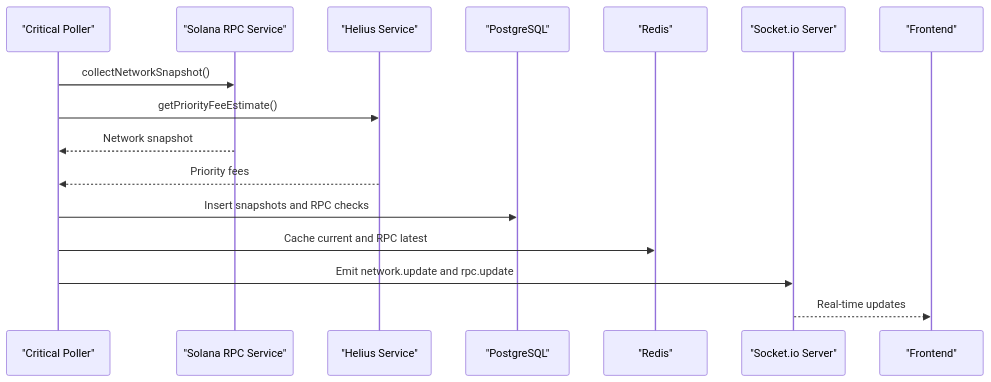
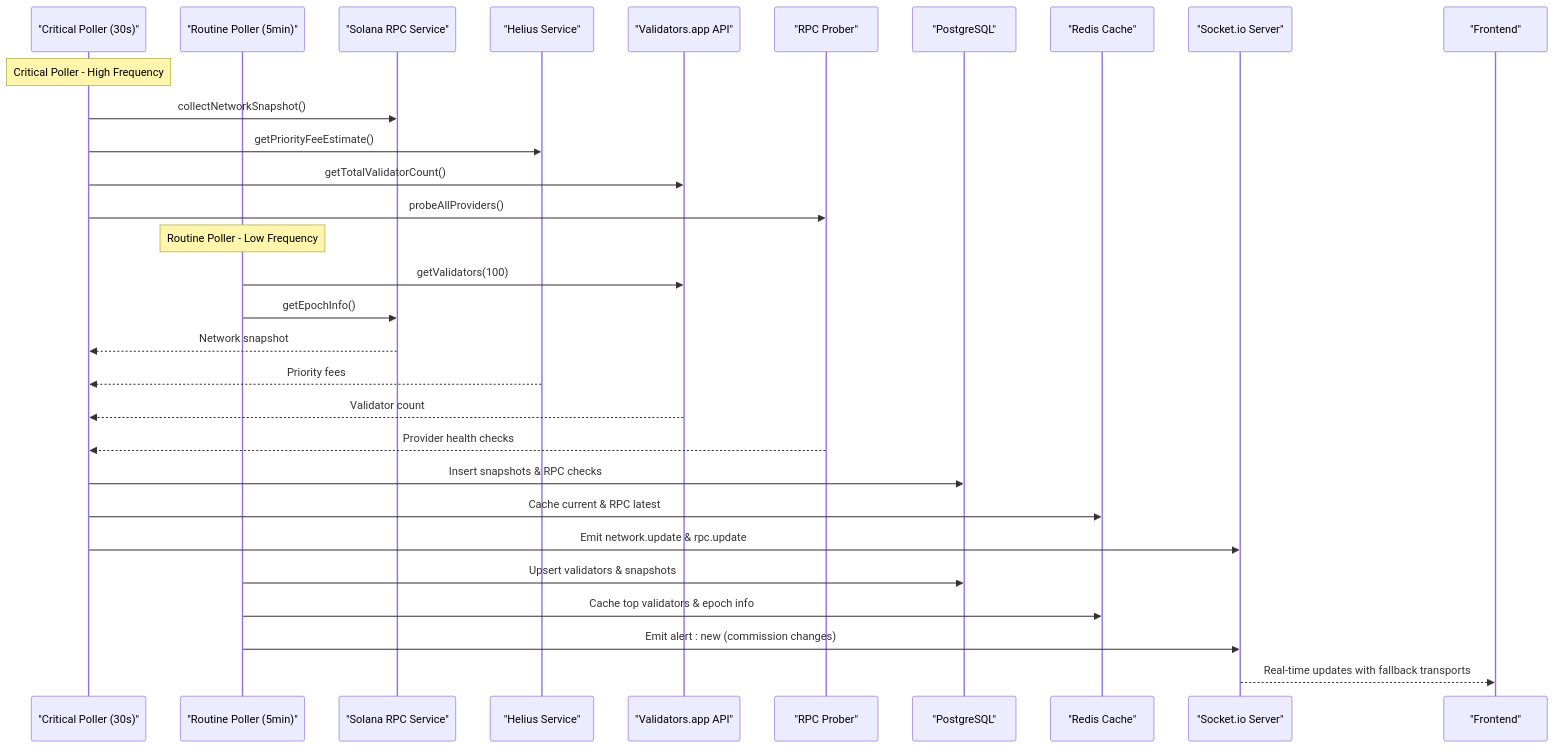
The second of 4 diagrams in .qoder/repowiki/en/content/Development Guide.md (RunTimeAdmin/InfraWatch), drawn with Mermaid before and after one commit. The commit also changed other lines of this file and 12 other files, not shown here.

Commit message:
fix: add Math.round() to RPC prober latency calculations to prevent floating point display artifacts

````diff
--- a/.qoder/repowiki/en/content/Development Guide.md
+++ b/.qoder/repowiki/en/content/Development Guide.md
@@ -146,18 +162,32 @@
 ```mermaid
 sequenceDiagram
-participant Cron as "Critical Poller"
+participant Cron1 as "Critical Poller (30s)"
+participant Cron2 as "Routine Poller (5min)"
 participant Solana as "Solana RPC Service"
 participant Helius as "Helius Service"
+participant Validators as "Validators.app API"
+participant RPCProber as "RPC Prober"
 participant DB as "PostgreSQL"
-participant Redis as "Redis"
+participant Redis as "Redis Cache"
 participant IO as "Socket.io Server"
 participant FE as "Frontend"
-Cron->>Solana : collectNetworkSnapshot()
-Cron->>Helius : getPriorityFeeEstimate()
-Solana-->>Cron : Network snapshot
-Helius-->>Cron : Priority fees
-Cron->>DB : Insert snapshots and RPC checks
-Cron->>Redis : Cache current and RPC latest
-Cron->>IO : Emit network.update and rpc.update
-IO-->>FE : Real-time updates
+Note over Cron1 : Critical Poller - High Frequency
+Cron1->>Solana : collectNetworkSnapshot()
+Cron1->>Helius : getPriorityFeeEstimate()
+Cron1->>Validators : getTotalValidatorCount()
+Cron1->>RPCProber : probeAllProviders()
+Note over Cron2 : Routine Poller - Low Frequency
+Cron2->>Validators : getValidators(100)
+Cron2->>Solana : getEpochInfo()
+Solana-->>Cron1 : Network snapshot
+Helius-->>Cron1 : Priority fees
+Validators-->>Cron1 : Validator count
+RPCProber-->>Cron1 : Provider health checks
+Cron1->>DB : Insert snapshots & RPC checks
+Cron1->>Redis : Cache current & RPC latest
+Cron1->>IO : Emit network.update & rpc.update
+Cron2->>DB : Upsert validators & snapshots
+Cron2->>Redis : Cache top validators & epoch info
+Cron2->>IO : Emit alert : new (commission changes)
+IO-->>FE : Real-time updates with fallback transports
 ```
````
